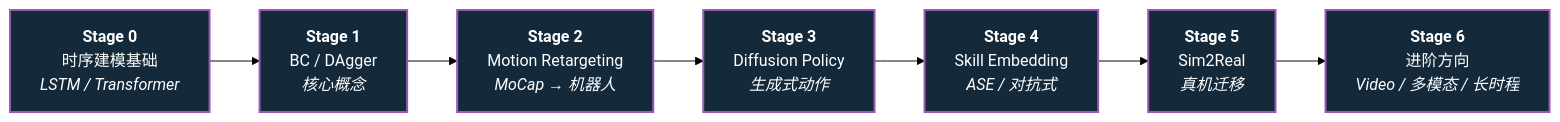
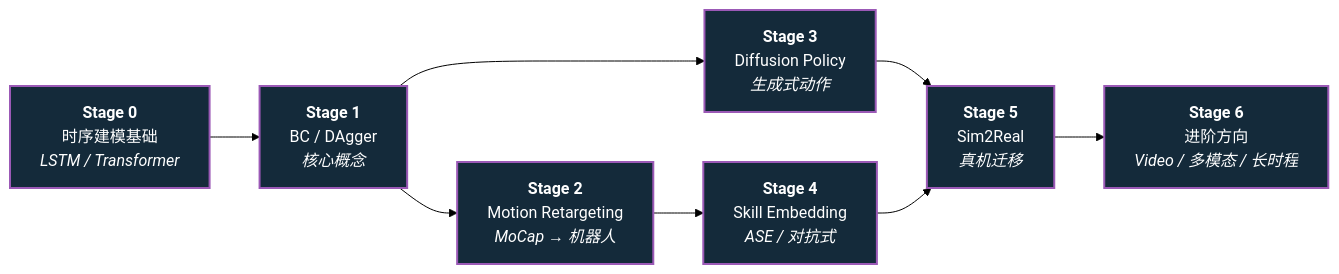
The diagram in roadmap/depth-imitation-learning.md (ImChong/Robotics_Notebooks), drawn with Mermaid (forest theme) before and after one commit. The commit also changed other lines of this file and 20 other files, not shown here.

First line of the commit message:
docs(roadmap): 校正学习依赖与模型分类并补齐近期知识入口

````diff
--- a/roadmap/depth-imitation-learning.md
+++ b/roadmap/depth-imitation-learning.md
@@ -11,15 +11,19 @@
 ```mermaid
 flowchart LR
   S0["<b>Stage 0</b><br/>时序建模基础<br/><em>LSTM / Transformer</em>"]
   S1["<b>Stage 1</b><br/>BC / DAgger<br/><em>核心概念</em>"]
   S2["<b>Stage 2</b><br/>Motion Retargeting<br/><em>MoCap → 机器人</em>"]
   S3["<b>Stage 3</b><br/>Diffusion Policy<br/><em>生成式动作</em>"]
   S4["<b>Stage 4</b><br/>Skill Embedding<br/><em>ASE / 对抗式</em>"]
   S5["<b>Stage 5</b><br/>Sim2Real<br/><em>真机迁移</em>"]
   S6["<b>Stage 6</b><br/>进阶方向<br/><em>Video / 多模态 / 长时程</em>"]
 
-  S0 --> S1 --> S2 --> S3 --> S4 --> S5 --> S6
+  S0 --> S1
+  S1 --> S2 --> S4
+  S1 --> S3
+  S3 --> S5
+  S4 --> S5 --> S6
 
   classDef stage fill:#142a3a,stroke:#9b59b6,stroke-width:2px,color:#fff
   class S0,S1,S2,S3,S4,S5,S6 stage
 ```
````
